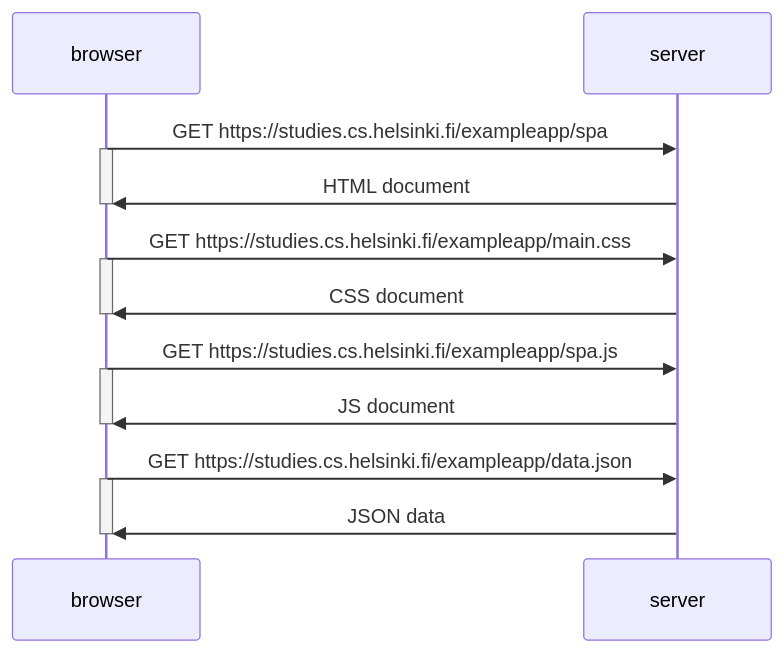
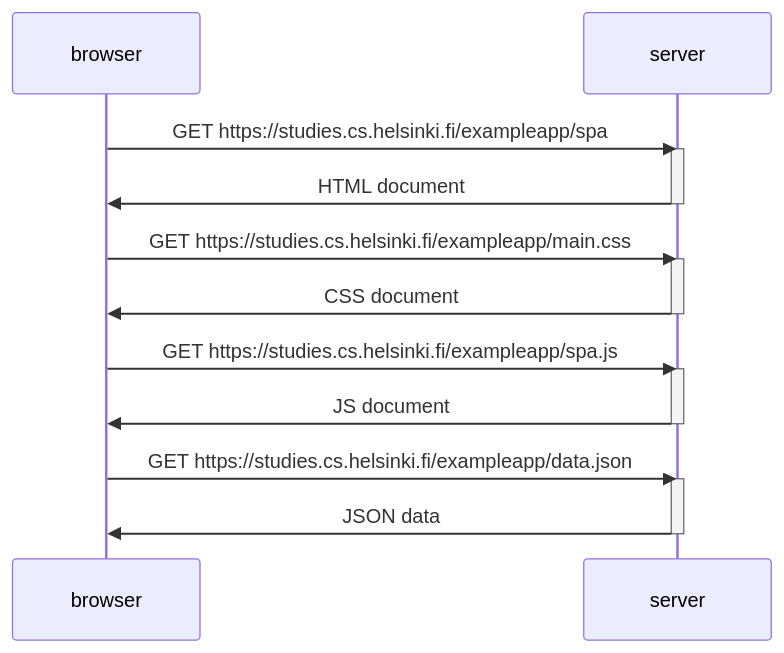
The diagram in part0/05.md (michielvissenberg/fullstack_course), drawn with Mermaid before and after one commit.

````diff
--- a/part0/05.md
+++ b/part0/05.md
@@ -2,22 +2,22 @@
 ```mermaid
 sequenceDiagram
     participant browser;
     participant server;
     
     browser ->> server: GET https://studies.cs.helsinki.fi/exampleapp/spa;
-    activate browser;
+    activate server;
     server ->> browser: HTML document;
-    deactivate browser;
+    deactivate server;
     browser ->> server: GET https://studies.cs.helsinki.fi/exampleapp/main.css;
-    activate browser;
+    activate server;
     server ->> browser: CSS document;
-    deactivate browser;
+    deactivate server;
     browser ->> server: GET https://studies.cs.helsinki.fi/exampleapp/spa.js;
-    activate browser;
+    activate server;
     server ->> browser: JS document;
-    deactivate browser;
+    deactivate server;
     browser ->> server: GET https://studies.cs.helsinki.fi/exampleapp/data.json;
-    activate browser;
+    activate server;
     server ->> browser: JSON data;
-    deactivate browser;
+    deactivate server;
 ```
````
